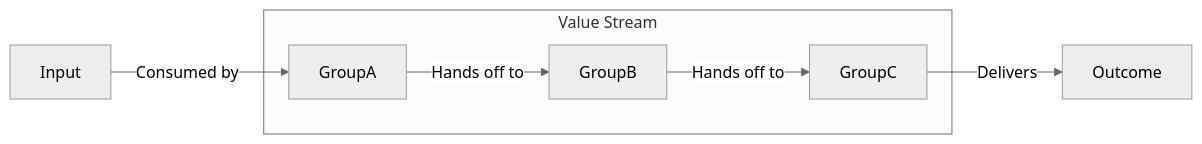
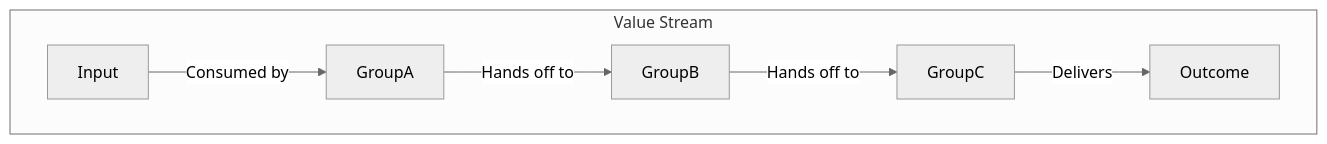
Before and after one commit to benwheeler/org-patterns: the diagram in value_creation/chain_of_responsibility/README.md, drawn with Mermaid (neutral theme).

Commit message:
Updated Chain of Responsibility detail diagram

````diff
--- a/value_creation/chain_of_responsibility/README.md
+++ b/value_creation/chain_of_responsibility/README.md
@@ -5,8 +5,9 @@
 ```mermaid
-flowchart LR
-    Input -->|Consumed by| GroupA
-    subgraph "Value Stream"
+flowchart TD
+    subgraph valueStream [Value Stream]
+        direction LR
+        Input -->|Consumed by| GroupA
         GroupA -->|Hands off to| GroupB -->|Hands off to| GroupC
+        GroupC -->|Delivers| Outcome
     end
-    GroupC -->|Delivers| Outcome
 ```
````
